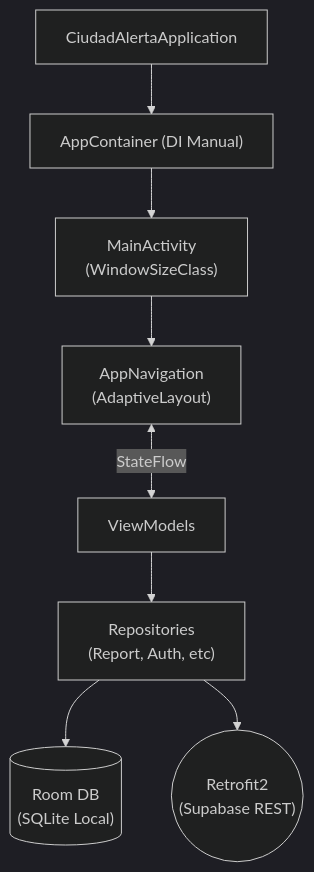
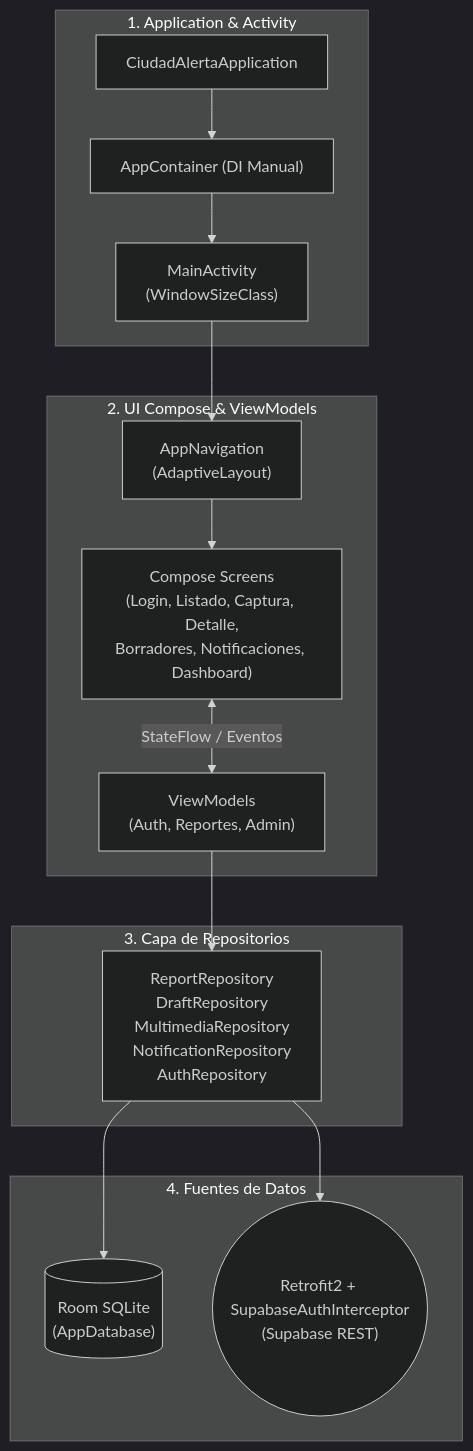
The second of 5 diagrams in docs/ARQUITECTURA_Y_REQUERIMIENTOS.md (Damian-18/CiudadAlerta), drawn with Mermaid (dark theme) before and after one commit. The commit also changed other lines of this file, not shown here.

Commit message:
docs: expand technical architecture document for final delivery

````diff
--- a/docs/ARQUITECTURA_Y_REQUERIMIENTOS.md
+++ b/docs/ARQUITECTURA_Y_REQUERIMIENTOS.md
@@ -41,10 +109,22 @@
 ```mermaid
 flowchart TD
-    App["CiudadAlertaApplication"] --> DI["AppContainer (DI Manual)"]
-    DI --> Main["MainActivity\n(WindowSizeClass)"]
-    Main --> Nav["AppNavigation\n(AdaptiveLayout)"]
-    Nav <-->|"StateFlow"| VM["ViewModels"]
-    VM --> Repos["Repositories\n(Report, Auth, etc)"]
-    Repos --> Room[("Room DB\n(SQLite Local)")]
-    Repos --> Retrofit(("Retrofit2\n(Supabase REST)"))
+    subgraph App["1. Application & Activity"]
+        A["CiudadAlertaApplication"] --> B["AppContainer (DI Manual)"]
+        B --> C["MainActivity\n(WindowSizeClass)"]
+    end
+
+    subgraph Presentation["2. UI Compose & ViewModels"]
+        C --> D["AppNavigation\n(AdaptiveLayout)"]
+        D --> E["Compose Screens\n(Login, Listado, Captura, Detalle,\nBorradores, Notificaciones, Dashboard)"]
+        E <-->|"StateFlow / Eventos"| F["ViewModels\n(Auth, Reportes, Admin)"]
+    end
+
+    subgraph DomainData["3. Capa de Repositorios"]
+        F --> G["ReportRepository\nDraftRepository\nMultimediaRepository\nNotificationRepository\nAuthRepository"]
+    end
+
+    subgraph Sources["4. Fuentes de Datos"]
+        G --> H[("Room SQLite\n(AppDatabase)")]
+        G --> I(("Retrofit2 + SupabaseAuthInterceptor\n(Supabase REST)"))
+    end
 ```
````
